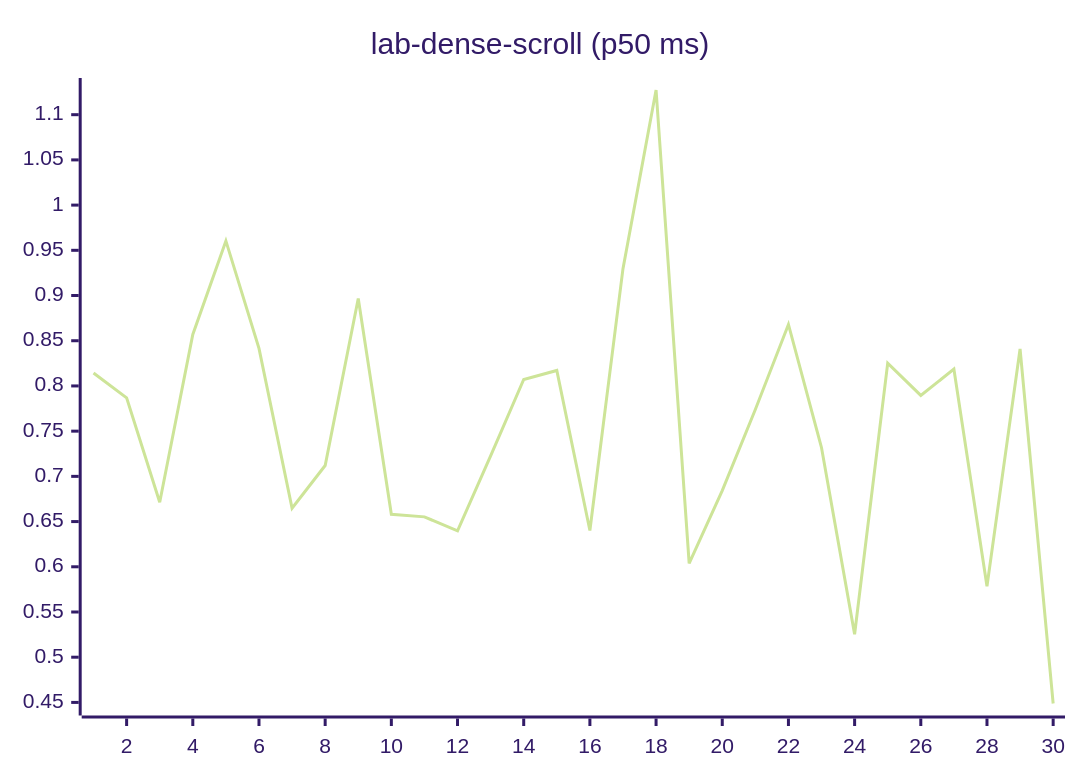
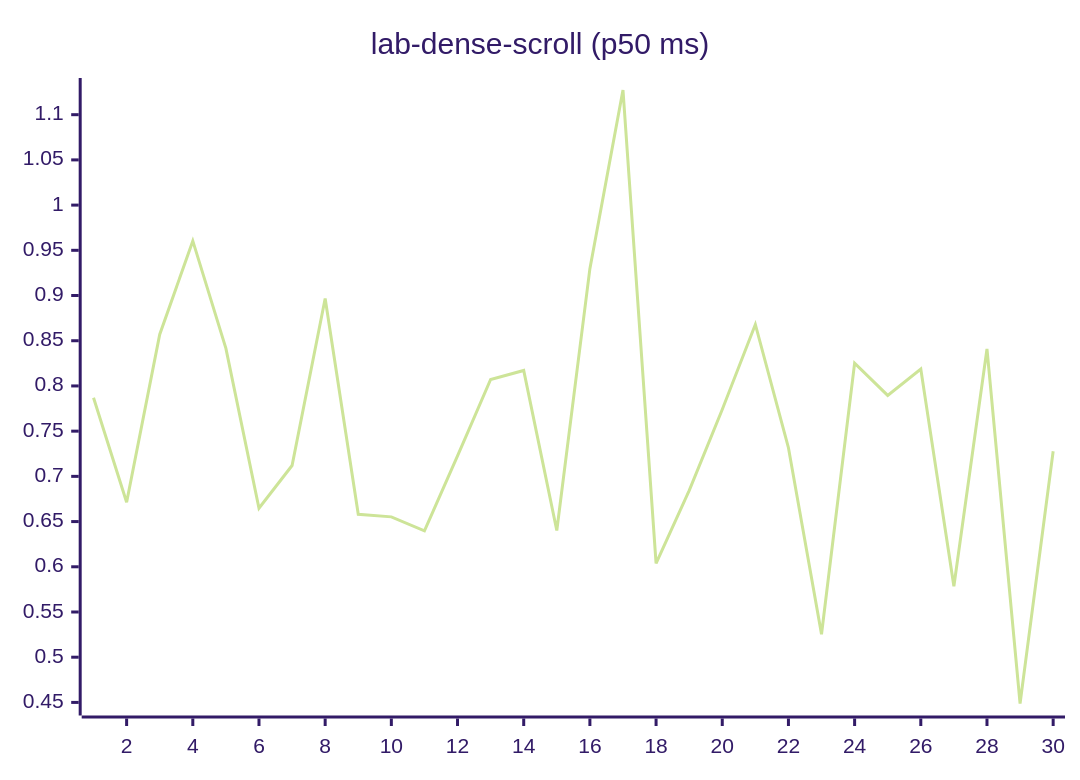
Diagram 12 of 27 in README.md (josha/Facet), drawn with Mermaid (forest theme) before and after one commit. The commit also changed other lines of this file and 2 other files, not shown here.

````diff
--- a/README.md
+++ b/README.md
@@ -140,6 +140,6 @@
 ```mermaid
 xychart-beta
     title "lab-dense-scroll (p50 ms)"
     x-axis 1 --> 30
-    line [0.8143, 0.7869, 0.6713, 0.8570, 0.9604, 0.8416, 0.6647, 0.7120, 0.8968, 0.6580, 0.6552, 0.6397, 0.7226, 0.8071, 0.8171, 0.6401, 0.9297, 1.1273, 0.6038, 0.6843, 0.7739, 0.8680, 0.7317, 0.5254, 0.8252, 0.7895, 0.8186, 0.5785, 0.8409, 0.4488]
+    line [0.7869, 0.6713, 0.8570, 0.9604, 0.8416, 0.6647, 0.7120, 0.8968, 0.6580, 0.6552, 0.6397, 0.7226, 0.8071, 0.8171, 0.6401, 0.9297, 1.1273, 0.6038, 0.6843, 0.7739, 0.8680, 0.7317, 0.5254, 0.8252, 0.7895, 0.8186, 0.5785, 0.8409, 0.4488, 0.7278]
 ```
````
